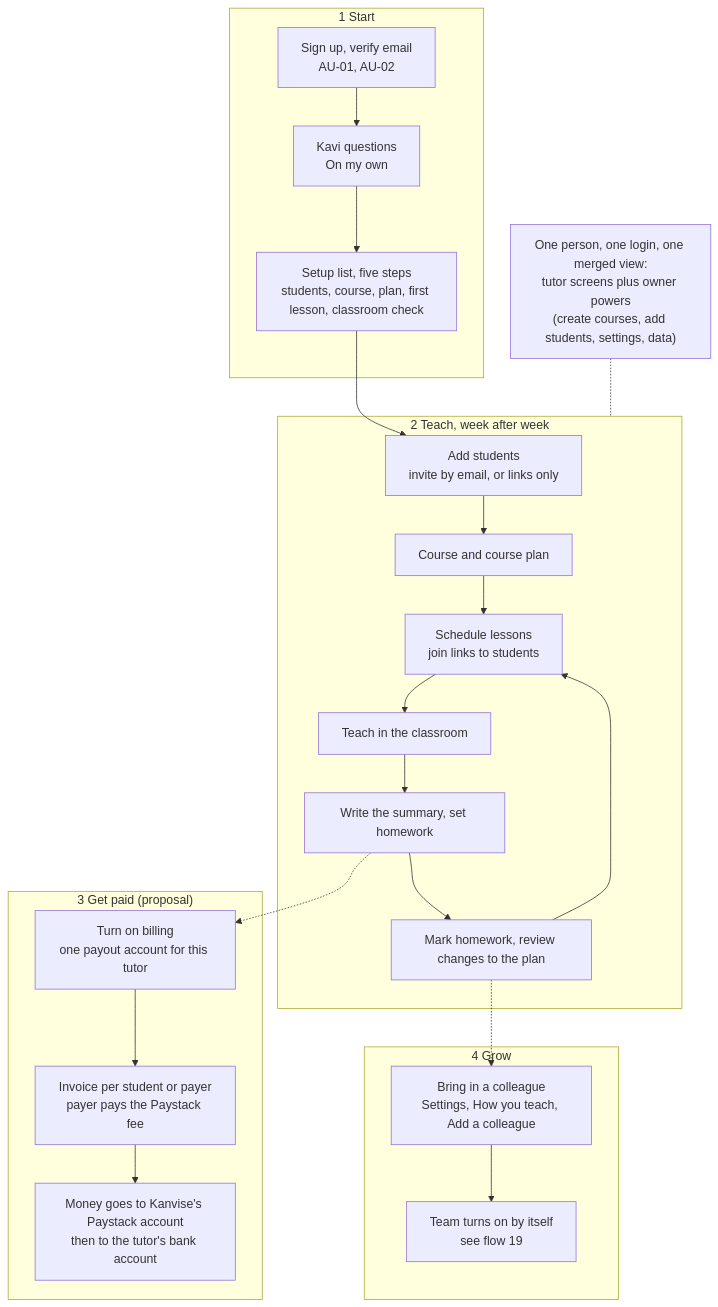
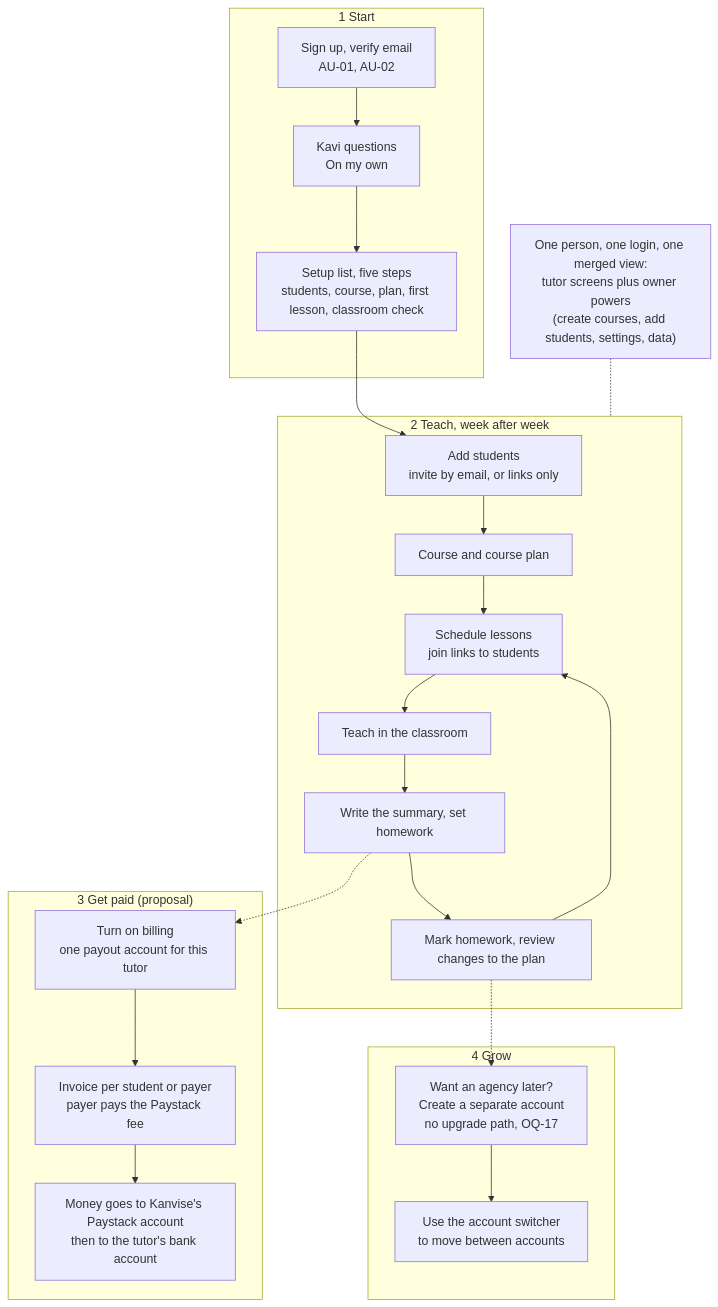
Before and after one commit to KingUsang/Kanvise: the diagram in docs/design/user-flows/diagrams/src/17-independent-journey.mmd, drawn with Mermaid. The commit also changed 17 other files, not shown here.

Commit message:
docs(design): no solo-to-team upgrade path (account type fixed at sign-up), remove diagram 19 and Add a colleague

```diff
--- a/docs/design/user-flows/diagrams/src/17-independent-journey.mmd
+++ b/docs/design/user-flows/diagrams/src/17-independent-journey.mmd
@@ -1,25 +1,25 @@
 flowchart TD
   subgraph S1["1 Start"]
     A1["Sign up, verify email<br/>AU-01, AU-02"] --> A2["Kavi questions<br/>On my own"]
     A2 --> A3["Setup list, five steps<br/>students, course, plan, first lesson, classroom check"]
   end
   subgraph S2["2 Teach, week after week"]
     B1["Add students<br/>invite by email, or links only"] --> B2["Course and course plan"]
     B2 --> B3["Schedule lessons<br/>join links to students"]
     B3 --> B4["Teach in the classroom"]
     B4 --> B5["Write the summary, set homework"]
     B5 --> B6["Mark homework, review changes to the plan"]
     B6 --> B3
   end
   subgraph S3["3 Get paid (proposal)"]
     C1["Turn on billing<br/>one payout account for this tutor"] --> C2["Invoice per student or payer<br/>payer pays the Paystack fee"]
     C2 --> C3["Money goes to Kanvise's Paystack account<br/>then to the tutor's bank account"]
   end
   subgraph S4["4 Grow"]
-    D1["Bring in a colleague<br/>Settings, How you teach, Add a colleague"] --> D2["Team turns on by itself<br/>see flow 19"]
+    D1["Want an agency later?<br/>Create a separate account<br/>no upgrade path, OQ-17"] --> D2["Use the account switcher<br/>to move between accounts"]
   end
   A3 --> B1
   B5 -.-> C1
   B6 -.-> D1
   X["One person, one login, one merged view:<br/>tutor screens plus owner powers<br/>(create courses, add students, settings, data)"]
   X -.- S2
```
